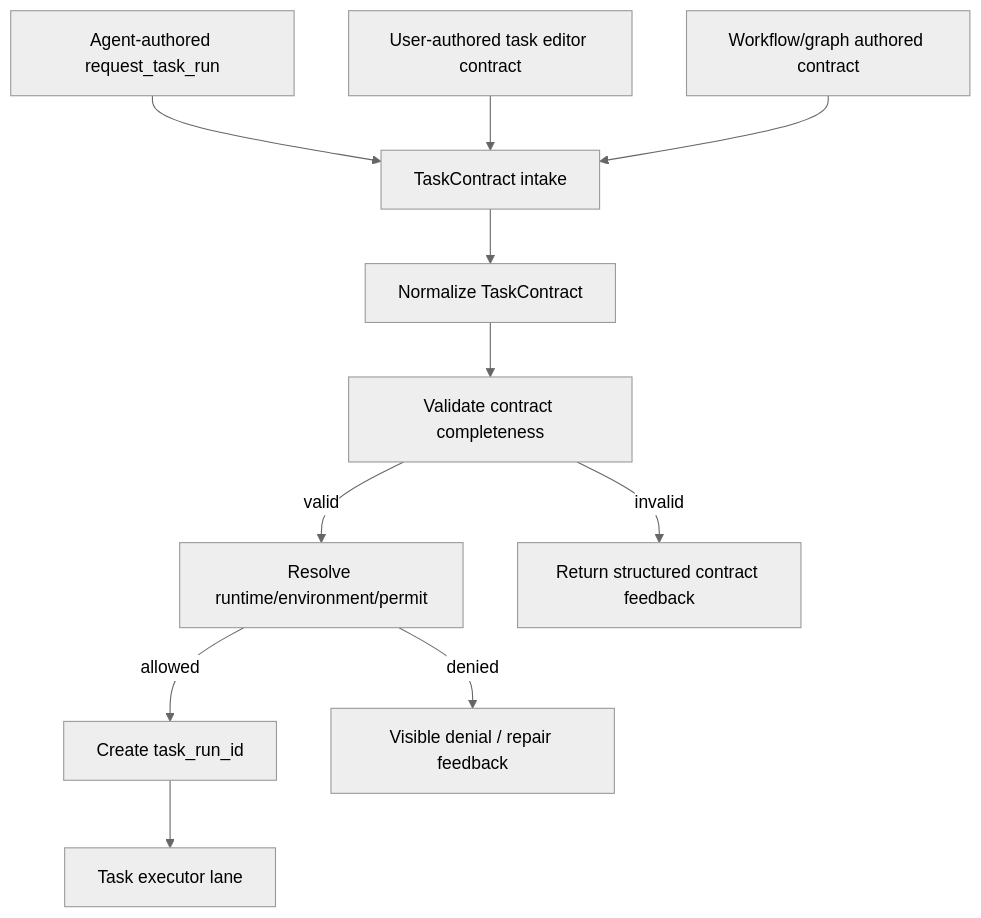
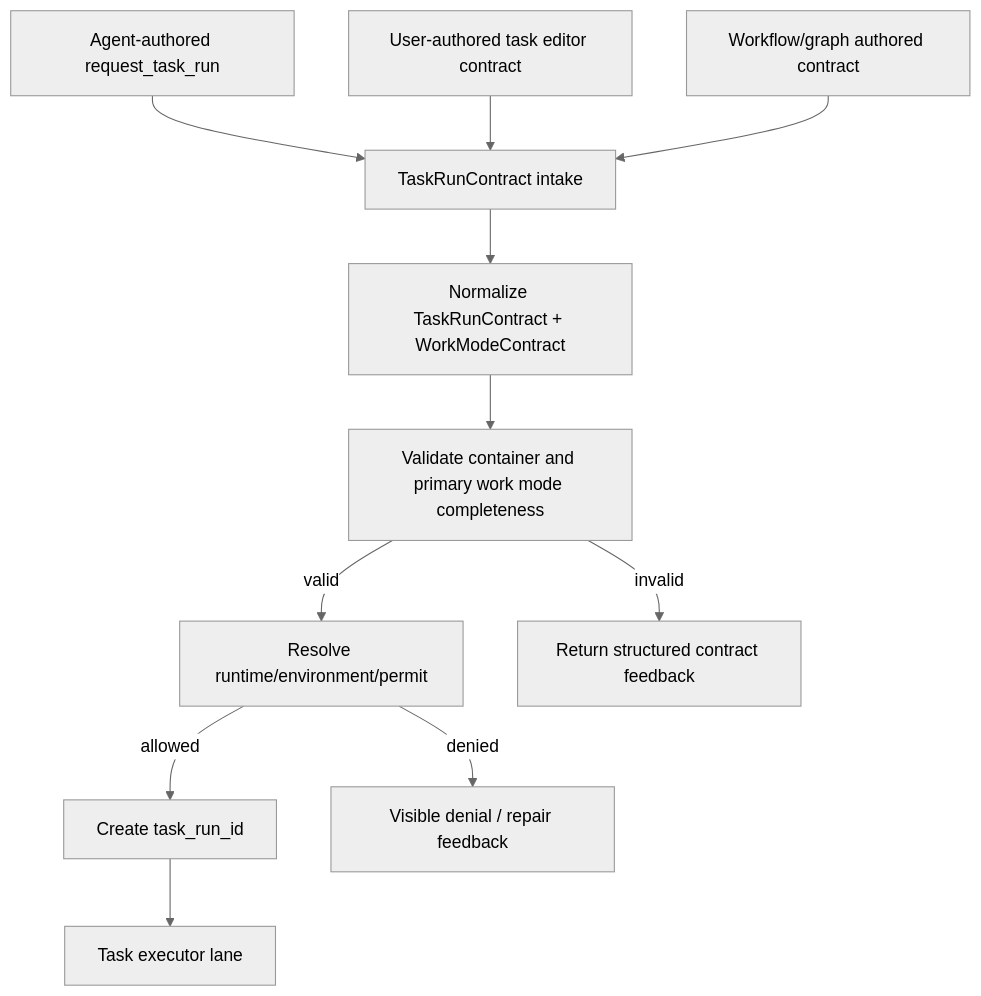
The second of 2 diagrams in backend/runtime/context_management/task_mode_long_running_runtime_architecture_plan.md (wei-boundless/Mythical-Age), drawn with Mermaid (neutral theme) before and after one commit. The commit also changed other lines of this file and 29 other files, not shown here.

````diff
--- a/backend/runtime/context_management/task_mode_long_running_runtime_architecture_plan.md
+++ b/backend/runtime/context_management/task_mode_long_running_runtime_architecture_plan.md
@@ -328,13 +330,13 @@
 ```mermaid
 flowchart TD
-  A["Agent-authored request_task_run"] --> D["TaskContract intake"]
+  A["Agent-authored request_task_run"] --> D["TaskRunContract intake"]
   B["User-authored task editor contract"] --> D
   C["Workflow/graph authored contract"] --> D
-  D --> E["Normalize TaskContract"]
-  E --> F["Validate contract completeness"]
+  D --> E["Normalize TaskRunContract + WorkModeContract"]
+  E --> F["Validate container and primary work mode completeness"]
   F -->|valid| G["Resolve runtime/environment/permit"]
   F -->|invalid| H["Return structured contract feedback"]
   G -->|allowed| I["Create task_run_id"]
   G -->|denied| J["Visible denial / repair feedback"]
   I --> K["Task executor lane"]
 ```
````
